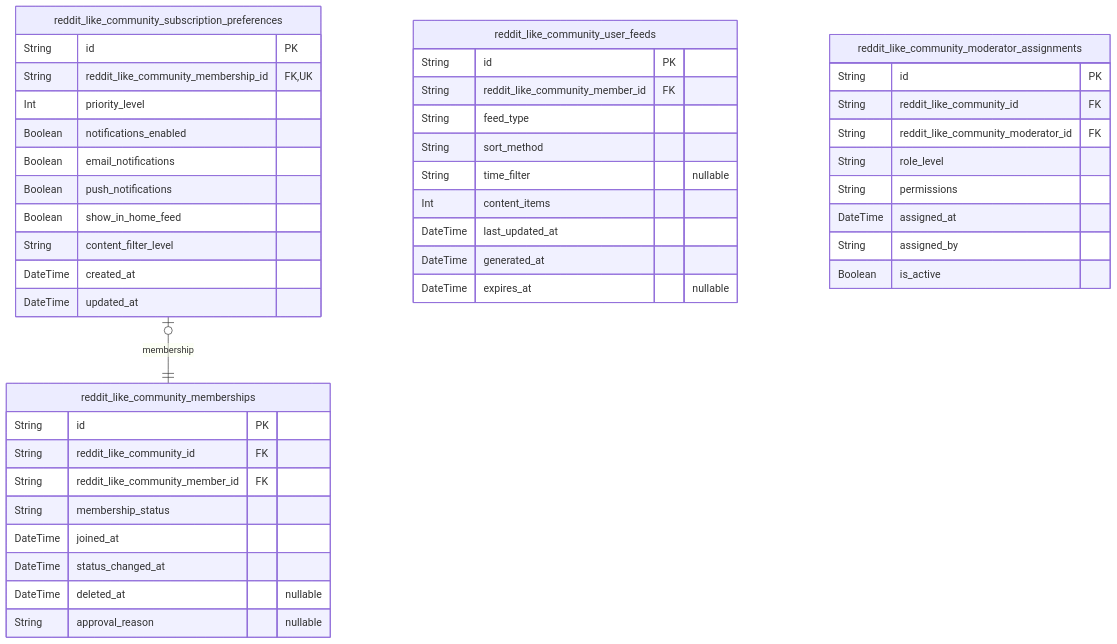
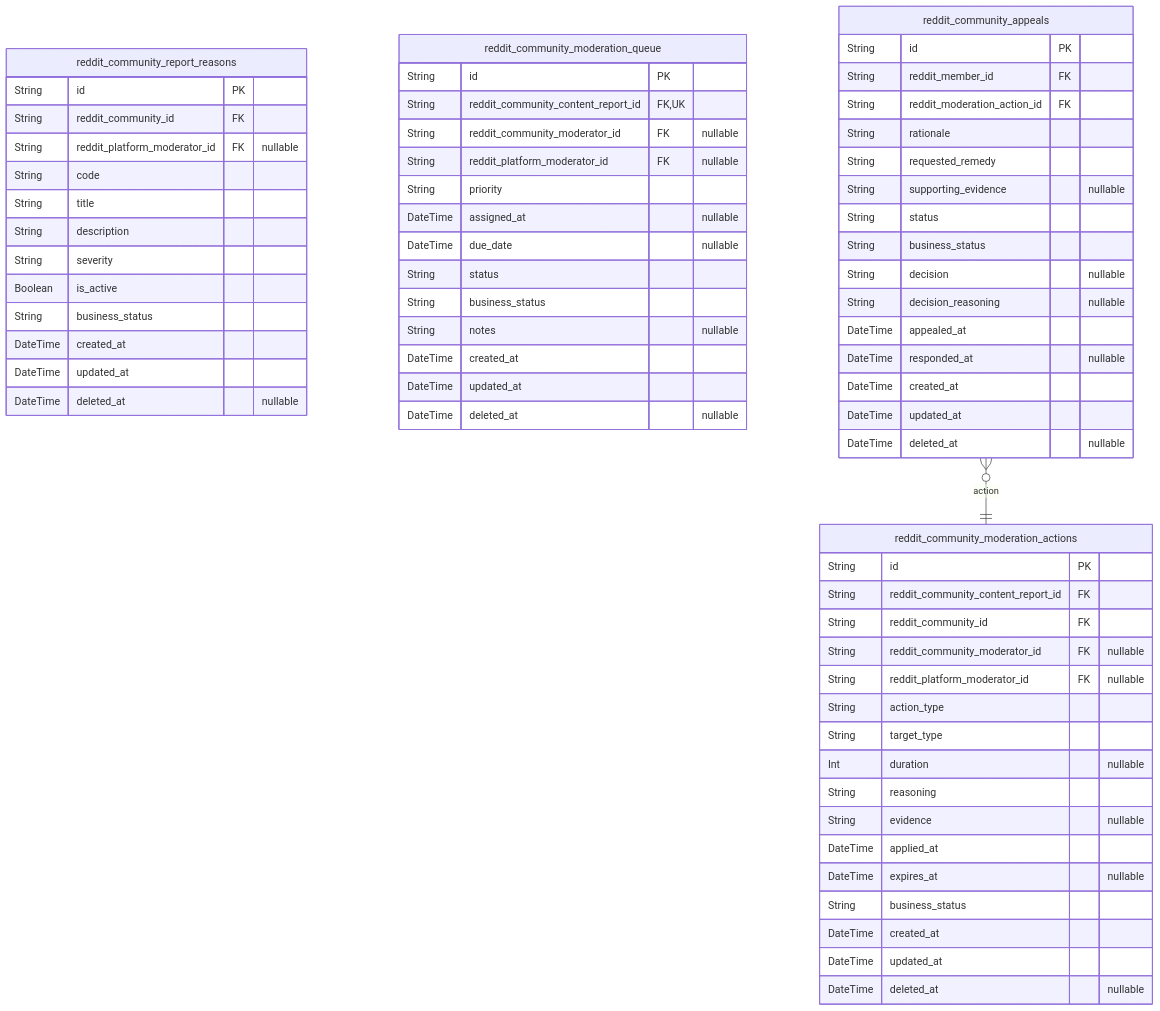
Before and after one commit to wrtnlabs/autobe-examples: the sixth of 8 diagrams in moonshotai/kimi-k2-0905-exacto/reddit/docs/ERD.md, drawn with Mermaid. The commit also changed other lines of this file and 22498 other files, not shown here.

````diff
--- a/moonshotai/kimi-k2-0905-exacto/reddit/docs/ERD.md
+++ b/moonshotai/kimi-k2-0905-exacto/reddit/docs/ERD.md
@@ -1284,47 +1220,68 @@
 ```mermaid
 erDiagram
-"reddit_like_community_memberships" {
+"reddit_community_report_reasons" {
   String id PK
-  String reddit_like_community_id FK
-  String reddit_like_community_member_id FK
-  String membership_status
-  DateTime joined_at
-  DateTime status_changed_at
-  DateTime deleted_at "nullable"
-  String approval_reason "nullable"
-}
-"reddit_like_community_subscription_preferences" {
-  String id PK
-  String reddit_like_community_membership_id FK,UK
-  Int priority_level
-  Boolean notifications_enabled
-  Boolean email_notifications
-  Boolean push_notifications
-  Boolean show_in_home_feed
-  String content_filter_level
+  String reddit_community_id FK
+  String reddit_platform_moderator_id FK "nullable"
+  String code
+  String title
+  String description
+  String severity
+  Boolean is_active
+  String business_status
   DateTime created_at
   DateTime updated_at
+  DateTime deleted_at "nullable"
 }
-"reddit_like_community_user_feeds" {
+"reddit_community_moderation_queue" {
   String id PK
-  String reddit_like_community_member_id FK
-  String feed_type
-  String sort_method
-  String time_filter "nullable"
-  Int content_items
-  DateTime last_updated_at
-  DateTime generated_at
+  String reddit_community_content_report_id FK,UK
+  String reddit_community_moderator_id FK "nullable"
+  String reddit_platform_moderator_id FK "nullable"
+  String priority
+  DateTime assigned_at "nullable"
+  DateTime due_date "nullable"
+  String status
+  String business_status
+  String notes "nullable"
+  DateTime created_at
+  DateTime updated_at
+  DateTime deleted_at "nullable"
+}
+"reddit_community_moderation_actions" {
+  String id PK
+  String reddit_community_content_report_id FK
+  String reddit_community_id FK
+  String reddit_community_moderator_id FK "nullable"
+  String reddit_platform_moderator_id FK "nullable"
+  String action_type
+  String target_type
+  Int duration "nullable"
+  String reasoning
+  String evidence "nullable"
+  DateTime applied_at
   DateTime expires_at "nullable"
+  String business_status
+  DateTime created_at
+  DateTime updated_at
+  DateTime deleted_at "nullable"
 }
-"reddit_like_community_moderator_assignments" {
+"reddit_community_appeals" {
   String id PK
-  String reddit_like_community_id FK
-  String reddit_like_community_moderator_id FK
-  String role_level
-  String permissions
-  DateTime assigned_at
-  String assigned_by
-  Boolean is_active
+  String reddit_member_id FK
+  String reddit_moderation_action_id FK
+  String rationale
+  String requested_remedy
+  String supporting_evidence "nullable"
+  String status
+  String business_status
+  String decision "nullable"
+  String decision_reasoning "nullable"
+  DateTime appealed_at
+  DateTime responded_at "nullable"
+  DateTime created_at
+  DateTime updated_at
+  DateTime deleted_at "nullable"
 }
-"reddit_like_community_subscription_preferences" |o--|| "reddit_like_community_memberships" : membership
+"reddit_community_appeals" }o--|| "reddit_community_moderation_actions" : action
 ```
````
